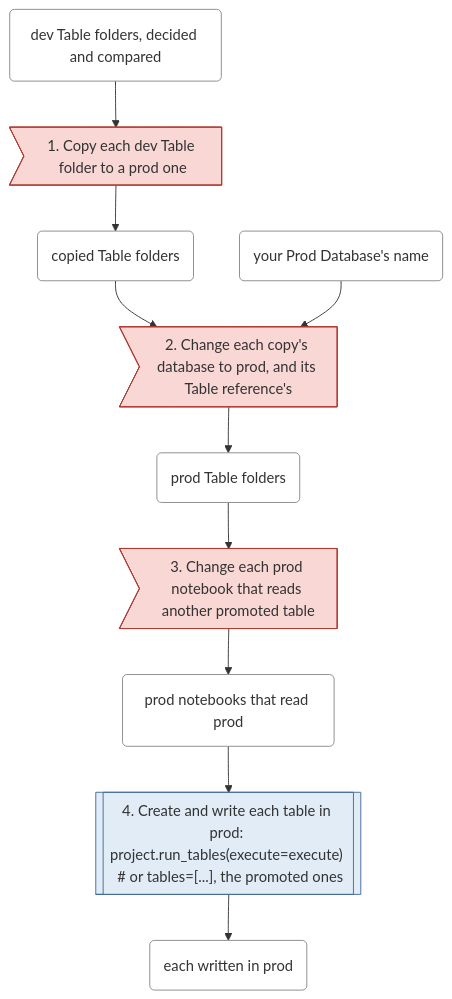
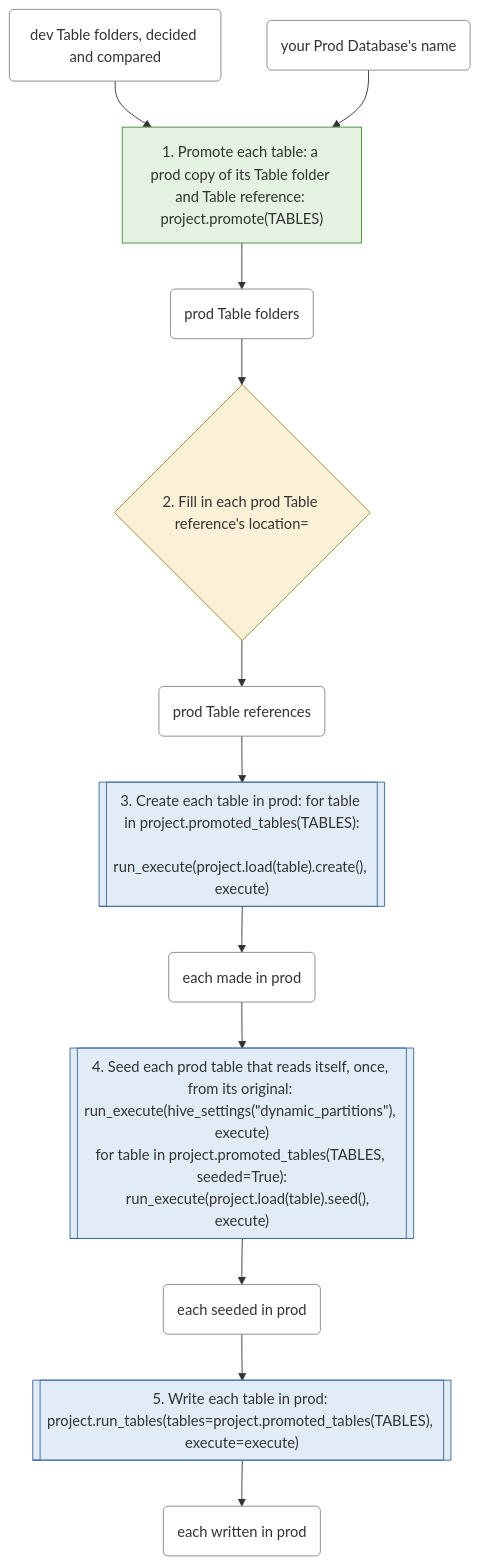
The second of 6 diagrams in docs/workflows.md (EdgyPage/SQL-Composer), drawn with Mermaid before and after one commit. The commit also changed other lines of this file and 13 other files, not shown here.

First line of the commit message:
feat(8.0): Promotion: a prod copy of dev Saved tables, reading each other's prod copies, D343

````diff
--- a/docs/workflows.md
+++ b/docs/workflows.md
@@ -90,37 +90,46 @@
 ```mermaid
 flowchart TD
-    s0>"1. Copy each dev Table folder to a prod one"]
-    class s0 fiddling
+    s0["1. Promote each table: a prod copy of its Table folder and Table reference: project.promote(TABLES)"]
+    class s0 file
     t0 --> s0
-    s0 --> t1
-    s1>"2. Change each copy's database to prod, and its Table reference's"]
-    class s1 fiddling
-    t1 --> s1
+    t1 --> s0
+    s0 --> t2
+    s1{"2. Fill in each prod Table reference's location="}
+    class s1 decision
     t2 --> s1
     s1 --> t3
-    s2>"3. Change each prod notebook that reads another promoted table"]
-    class s2 fiddling
+    s2[["3. Create each table in prod: for table in project.promoted_tables(TABLES):
+    run_execute(project.load(table).create(), execute)"]]
+    class s2 permission
     t3 --> s2
     s2 --> t4
-    s3[["4. Create and write each table in prod: project.run_tables(execute=execute)  #35; or tables=[...], the promoted ones"]]
+    s3[["4. Seed each prod table that reads itself, once, from its original: run_execute(hive_settings(#quot;dynamic_partitions#quot;), execute)
+for table in project.promoted_tables(TABLES, seeded=True):
+    run_execute(project.load(table).seed(), execute)"]]
     class s3 permission
     t4 --> s3
     s3 --> t5
+    s4[["5. Write each table in prod: project.run_tables(tables=project.promoted_tables(TABLES), execute=execute)"]]
+    class s4 permission
+    t5 --> s4
+    s4 --> t6
     t0("dev Table folders, decided and compared")
     class t0 thing
-    t1("copied Table folders")
+    t1("your Prod Database's name")
     class t1 thing
-    t2("your Prod Database's name")
+    t2("prod Table folders")
     class t2 thing
-    t3("prod Table folders")
+    t3("prod Table references")
     class t3 thing
-    t4("prod notebooks that read prod")
+    t4("each made in prod")
     class t4 thing
-    t5("each written in prod")
+    t5("each seeded in prod")
     class t5 thing
+    t6("each written in prod")
+    class t6 thing
     classDef file fill:#e3f2e1,stroke:#4a8a3f
     classDef permission fill:#e1ecf7,stroke:#3f6a9a
     classDef decision fill:#fbf1d6,stroke:#a8842a
     classDef fiddling fill:#f8d7d5,stroke:#b03a30
     classDef thing fill:#ffffff,stroke:#888888
 ```
````
